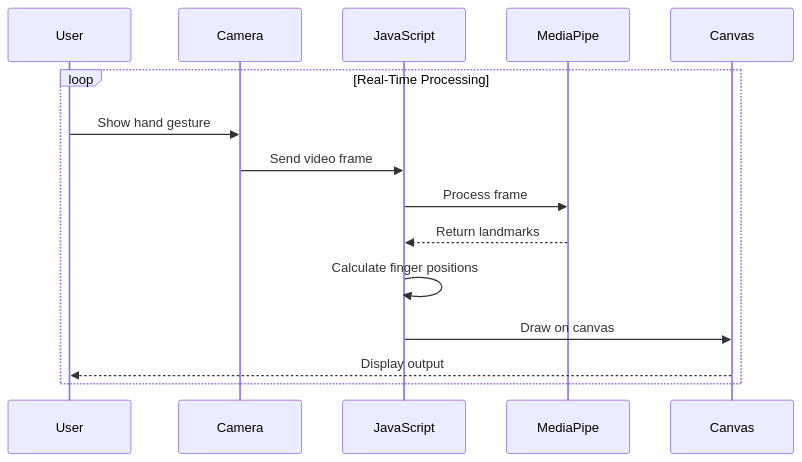
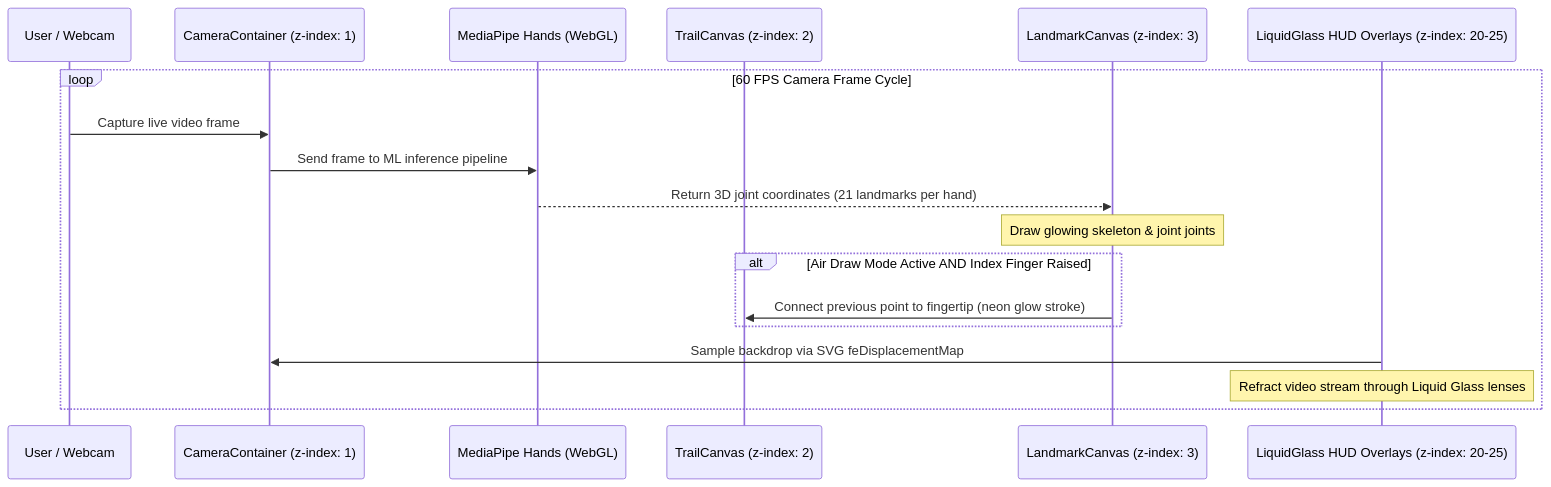
Before and after one commit to 8ernity/Finger-vision: the diagram in README.md, drawn with Mermaid. The commit also changed other lines of this file and 4 other files, not shown here.

````diff
--- a/README.md
+++ b/README.md
@@ -57,22 +68,24 @@
 ```mermaid
 sequenceDiagram
+    participant U as User / Webcam
+    participant C as CameraContainer (z-index: 1)
+    participant AI as MediaPipe Hands (WebGL)
+    participant T as TrailCanvas (z-index: 2)
+    participant L as LandmarkCanvas (z-index: 3)
+    participant HUD as LiquidGlass HUD Overlays (z-index: 20-25)
 
-    participant U as User
-    participant C as Camera
-    participant JS as JavaScript
-    participant AI as MediaPipe
-    participant UI as Canvas
-
-    loop Real-Time Processing
-        U->>C: Show hand gesture
-        C->>JS: Send video frame
-
-        JS->>AI: Process frame
-        AI-->>JS: Return landmarks
-
-        JS->>JS: Calculate finger positions
-        JS->>UI: Draw on canvas
-
-        UI-->>U: Display output
+    loop 60 FPS Camera Frame Cycle
+        U->>C: Capture live video frame
+        C->>AI: Send frame to ML inference pipeline
+        AI-->>L: Return 3D joint coordinates (21 landmarks per hand)
+        
+        Note over L: Draw glowing skeleton & joint joints
+        
+        alt Air Draw Mode Active AND Index Finger Raised
+            L->>T: Connect previous point to fingertip (neon glow stroke)
+        end
+        
+        HUD->>C: Sample backdrop via SVG feDisplacementMap
+        Note over HUD: Refract video stream through Liquid Glass lenses
     end
 ```
````
